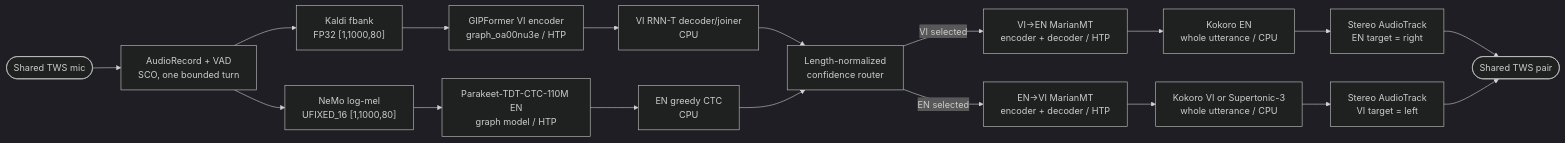
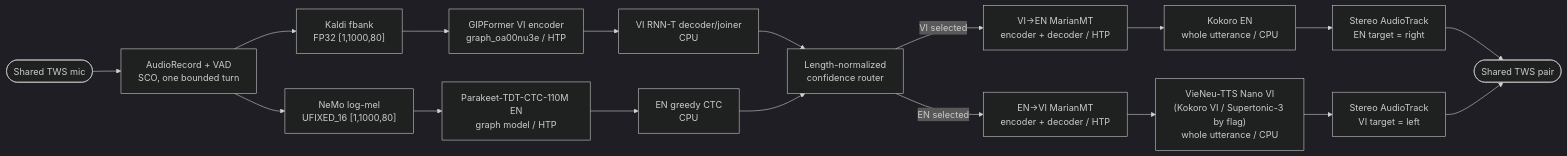
The first of 2 diagrams in docs/ARCHITECTURE.md (KhangPham205/onevoice-link-native), drawn with Mermaid (dark theme) before and after one commit. The commit also changed other lines of this file and 7 other files, not shown here.

First line of the commit message:
feat: make VieNeu-TTS v3 Nano the default Vietnamese voice

````diff
--- a/docs/ARCHITECTURE.md
+++ b/docs/ARCHITECTURE.md
@@ -17,22 +17,22 @@
 ```mermaid
 flowchart LR
   Mic([Shared TWS mic]) --> Capture["AudioRecord + VAD<br/>SCO, one bounded turn"]
   Capture --> Frontend["Kaldi fbank<br/>FP32 [1,1000,80]"]
   Capture --> NemoFront["NeMo log-mel<br/>UFIXED_16 [1,1000,80]"]
 
   Frontend --> VIEnc["GIPFormer VI encoder<br/>graph_oa00nu3e / HTP"]
   NemoFront --> ENEnc["Parakeet-TDT-CTC-110M EN<br/>graph model / HTP"]
   VIEnc --> VIDec["VI RNN-T decoder/joiner<br/>CPU"]
   ENEnc --> ENDec["EN greedy CTC<br/>CPU"]
   VIDec --> Router["Length-normalized<br/>confidence router"]
   ENDec --> Router
 
   Router -->|VI selected| VIMT["VI→EN MarianMT<br/>encoder + decoder / HTP"]
   Router -->|EN selected| ENMT["EN→VI MarianMT<br/>encoder + decoder / HTP"]
   VIMT --> ENTTS["Kokoro EN<br/>whole utterance / CPU"]
-  ENMT --> VITTS["Kokoro VI or Supertonic-3<br/>whole utterance / CPU"]
+  ENMT --> VITTS["VieNeu-TTS Nano VI<br/>(Kokoro VI / Supertonic-3 by flag)<br/>whole utterance / CPU"]
   ENTTS --> Right["Stereo AudioTrack<br/>EN target = right"]
   VITTS --> Left["Stereo AudioTrack<br/>VI target = left"]
   Right --> Buds([Shared TWS pair])
   Left --> Buds
 ```
````
